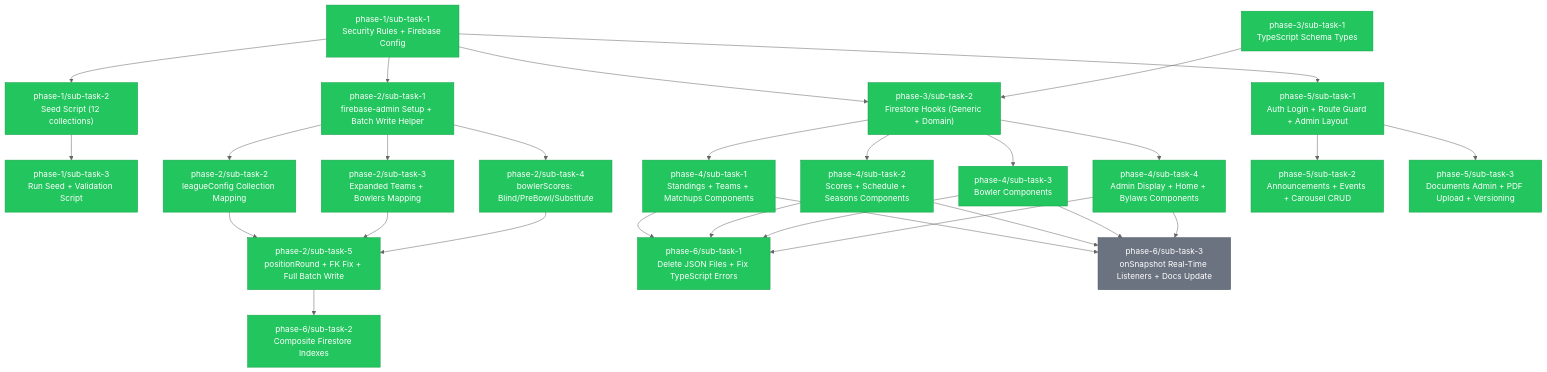
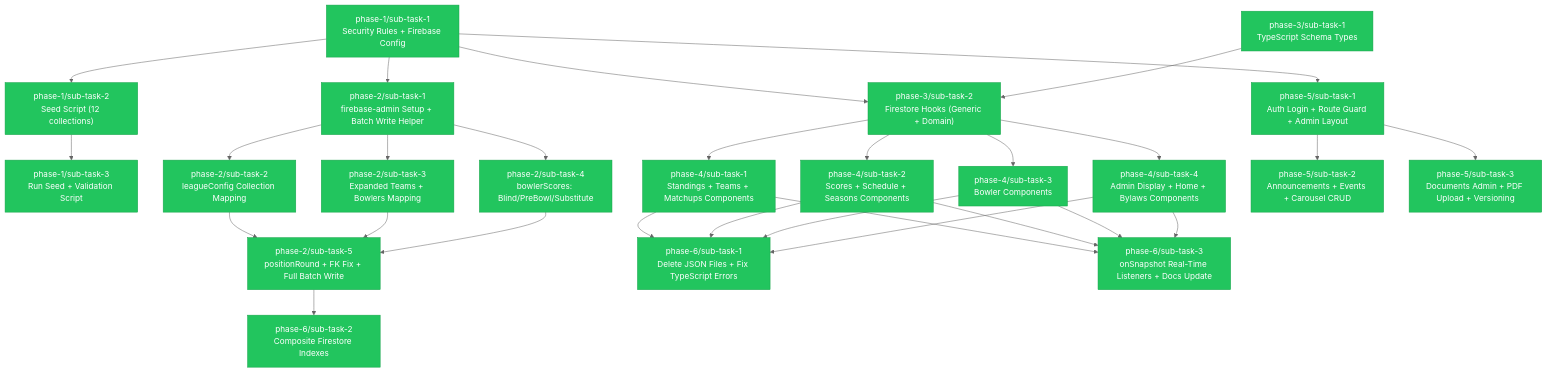
Before and after one commit to Bagwell-Oil-Imaging/late-night-happy-hour-league-site: the diagram in .claude/tasks/TASKS.md, drawn with Mermaid (neutral theme). The commit also changed other lines of this file, not shown here.

````diff
--- a/.claude/tasks/TASKS.md
+++ b/.claude/tasks/TASKS.md
@@ -103,5 +103,5 @@
     class P5S3 completed
     class P6S1 completed
     class P6S2 completed
-    class P6S3 pending
+    class P6S3 completed
 ```
````
